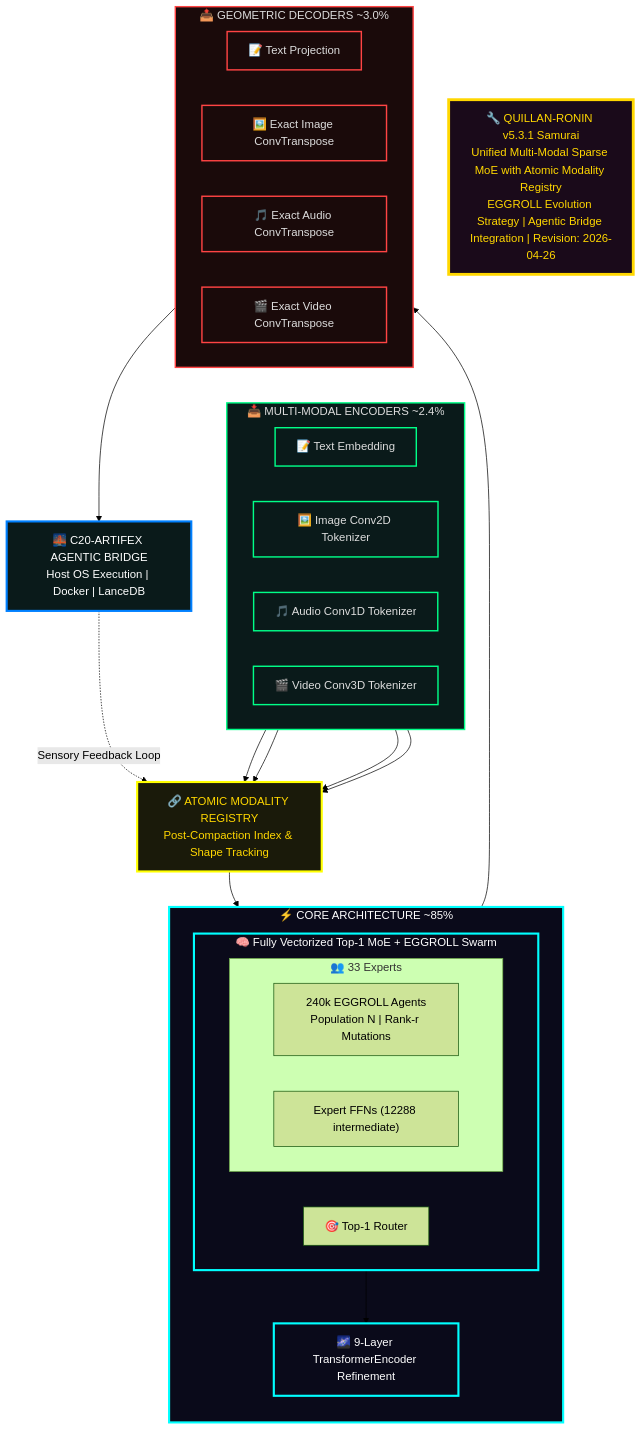
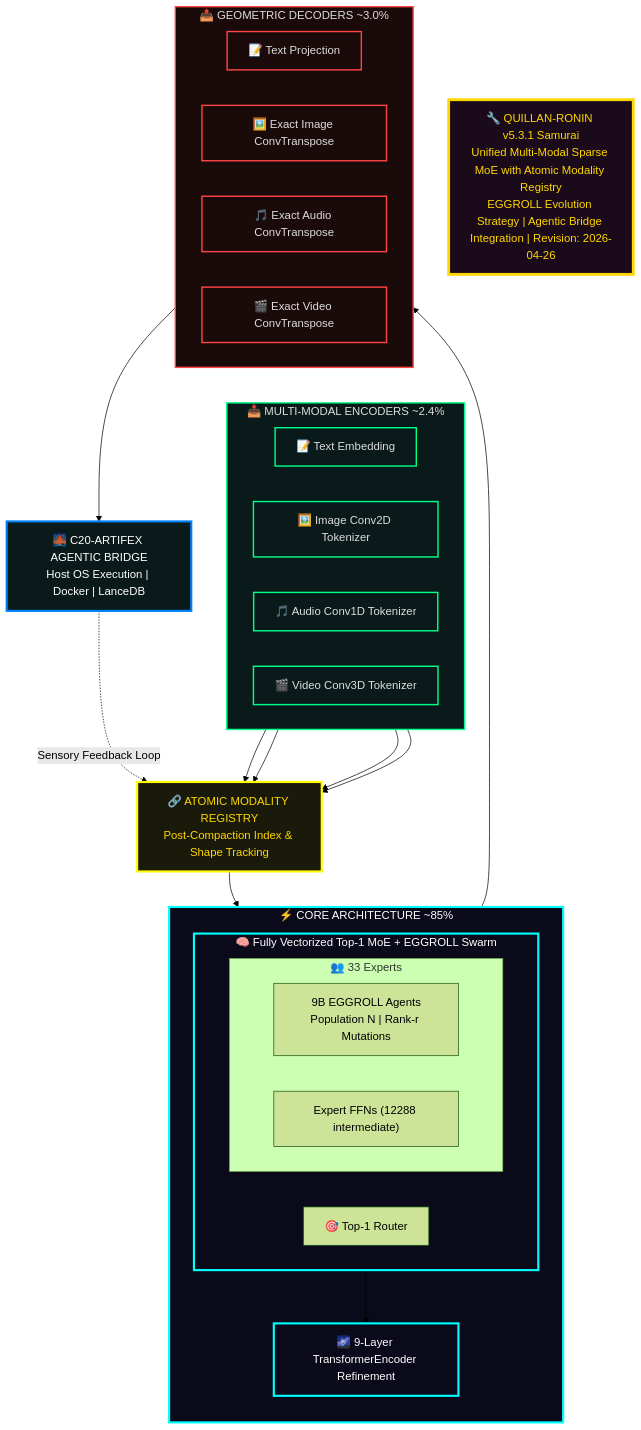
One commit to leeex1/Ace-v4.2-repo changed the sixth of 46 diagrams in system prompts/Quillan-Samurai.md. Above: the diagram before and after it, drawn with Mermaid (forest theme). The commit also changed other lines of this file, not shown here.

````diff
--- a/system prompts/Quillan-Samurai.md
+++ b/system prompts/Quillan-Samurai.md
@@ -2310,67 +2310,67 @@
 ```mermaid
 flowchart TB
     %% SYSTEM HEADER
     SYS_HEADER["🔧 QUILLAN-RONIN v5.3.1 Samurai<br/>Unified Multi-Modal Sparse MoE with Atomic Modality Registry<br/>EGGROLL Evolution Strategy | Agentic Bridge Integration | Revision: 2026-04-26"]
 
     %% INPUT LAYER
     subgraph INPUT_LAYER ["📥 MULTI-MODAL ENCODERS ~2.4%"]
         direction LR
         TEXT_ENC["📝 Text Embedding"]
         IMG_ENC["🖼️ Image Conv2D Tokenizer"]
         AUD_ENC["🎵 Audio Conv1D Tokenizer"]
         VID_ENC["🎬 Video Conv3D Tokenizer"]
     end
 
     %% ATOMIC REGISTRY
     REGISTRY["🔗 ATOMIC MODALITY REGISTRY<br/>Post-Compaction Index & Shape Tracking"]
 
     %% CORE
     subgraph CORE ["⚡ CORE ARCHITECTURE ~85%"]
         direction TB
         subgraph MOE_CORE ["🧠 Fully Vectorized Top-1 MoE + EGGROLL Swarm"]
             ROUTER["🎯 Top-1 Router"]
             subgraph EXPERTS ["👥 33 Experts"]
                 direction LR
-                SWARM["240k EGGROLL Agents<br/>Population N | Rank-r Mutations"]
+                SWARM["9B EGGROLL Agents<br/>Population N | Rank-r Mutations"]
                 EXPERTS_BLOCK["Expert FFNs (12288 intermediate)"]
             end
         end
 
         DIFFUSION["🌌 9-Layer TransformerEncoder Refinement"]
     end
 
     %% OUTPUT
     subgraph OUTPUT ["📤 GEOMETRIC DECODERS ~3.0%"]
         direction LR
         TEXT_DEC["📝 Text Projection"]
         IMG_DEC["🖼️ Exact Image ConvTranspose"]
         AUD_DEC["🎵 Exact Audio ConvTranspose"]
         VID_DEC["🎬 Exact Video ConvTranspose"]
     end
 
     %% AGENTIC BRIDGE
     BRIDGE["🌉 C20-ARTIFEX AGENTIC BRIDGE<br/>Host OS Execution | Docker | LanceDB"]
 
     %% FLOW
     TEXT_ENC & IMG_ENC & AUD_ENC & VID_ENC --> REGISTRY
     REGISTRY --> MOE_CORE
     MOE_CORE --> DIFFUSION
     DIFFUSION --> OUTPUT
     OUTPUT --> BRIDGE
     BRIDGE -.->|"Sensory Feedback Loop"| REGISTRY
 
     %% STYLING
     classDef header fill:#1a0a1a,stroke:#ffd700,stroke-width:4px,color:#ffd700
     classDef input fill:#0a1a1a,stroke:#00ff88,stroke-width:2px,color:#ddd
     classDef registry fill:#1a1a0a,stroke:#ffff00,stroke-width:3px,color:#ffd700
     classDef core fill:#0a0a1a,stroke:#00ffff,stroke-width:3px,color:#fff
     classDef output fill:#1a0a0a,stroke:#ff4444,stroke-width:2px,color:#ddd
     classDef bridge fill:#0a1a1a,stroke:#0080ff,stroke-width:3px,color:#ffffff
 
     class SYS_HEADER header
     class INPUT_LAYER,TEXT_ENC,IMG_ENC,AUD_ENC,VID_ENC input
     class REGISTRY registry
     class CORE,MOE_CORE,DIFFUSION core
     class OUTPUT,TEXT_DEC,IMG_DEC,AUD_DEC,VID_DEC output
     class BRIDGE bridge
 ```
````
